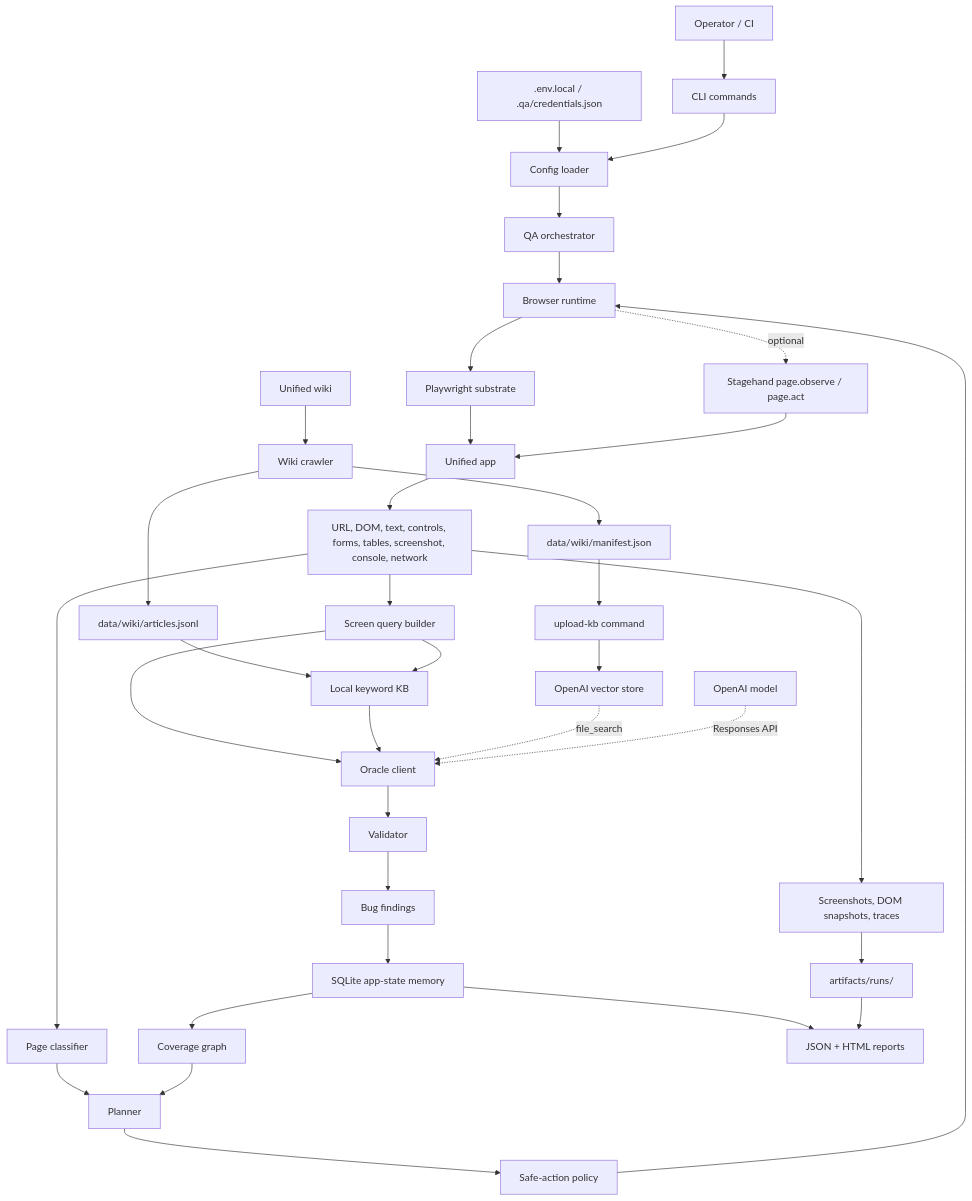
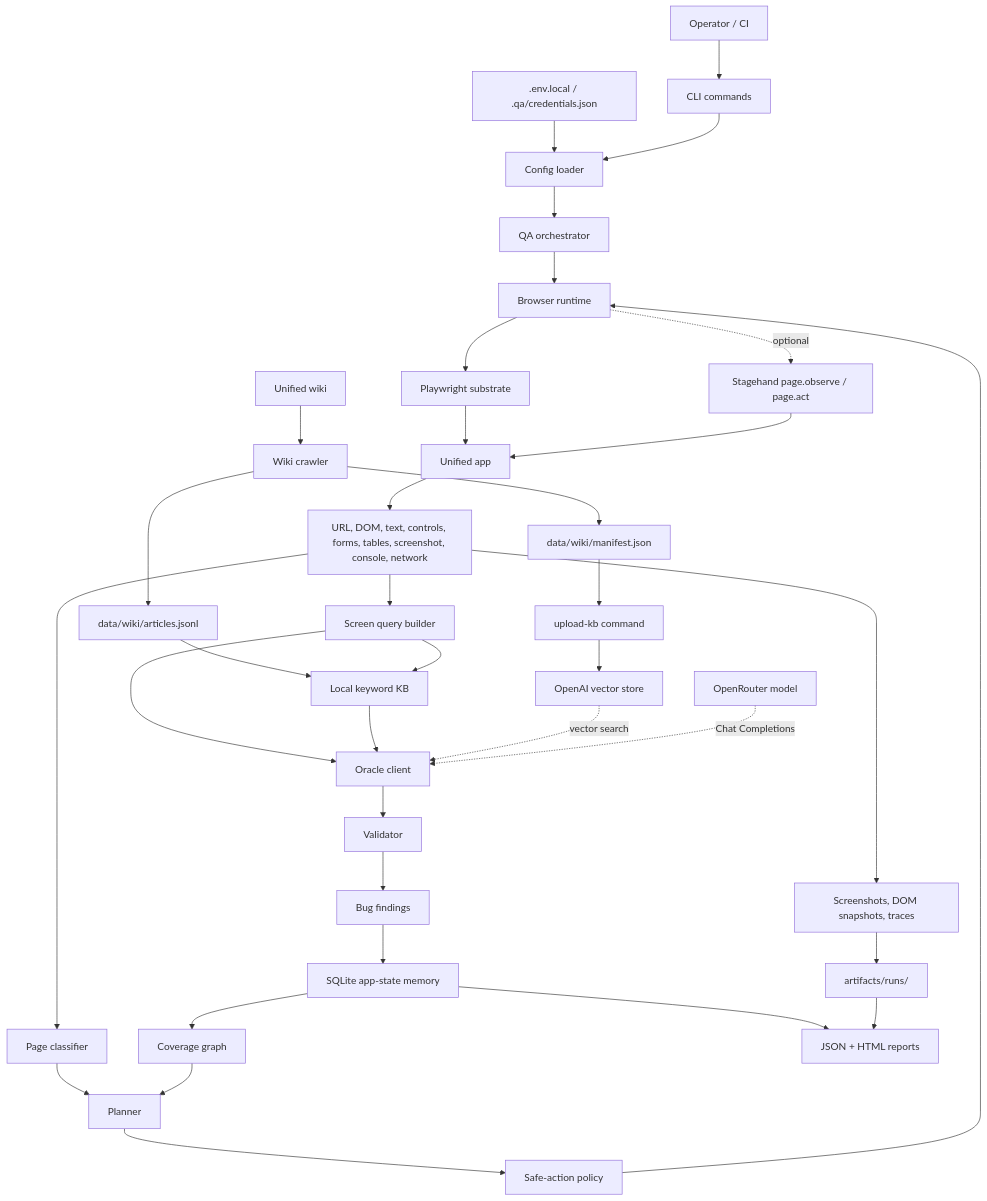
One commit to Rohiths-basement/QA-Agent changed the first of 2 diagrams in README.md. Above: the diagram before and after it, drawn with Mermaid. The commit also changed other lines of this file and 8 other files, not shown here.

Commit message:
Route QA oracle through OpenRouter

````diff
--- a/README.md
+++ b/README.md
@@ -18,42 +18,42 @@
 ```mermaid
 flowchart TD
   Operator["Operator / CI"] --> CLI["CLI commands"]
   Env[".env.local / .qa/credentials.json"] --> Config["Config loader"]
   CLI --> Config
 
   Wiki["Unified wiki"] --> Crawler["Wiki crawler"]
   Crawler --> WikiJsonl["data/wiki/articles.jsonl"]
   Crawler --> WikiManifest["data/wiki/manifest.json"]
   WikiJsonl --> LocalKB["Local keyword KB"]
   WikiManifest --> UploadKB["upload-kb command"]
   UploadKB --> OpenAIVS["OpenAI vector store"]
 
   Config --> Agent["QA orchestrator"]
   Agent --> Runtime["Browser runtime"]
   Runtime --> Playwright["Playwright substrate"]
   Runtime -. optional .-> Stagehand["Stagehand page.observe / page.act"]
   Playwright --> UnifiedApp["Unified app"]
   Stagehand --> UnifiedApp
 
   UnifiedApp --> Observation["URL, DOM, text, controls, forms, tables, screenshot, console, network"]
   Observation --> Classifier["Page classifier"]
   Observation --> QueryBuilder["Screen query builder"]
   QueryBuilder --> LocalKB
   QueryBuilder --> Oracle["Oracle client"]
   LocalKB --> Oracle
-  OpenAIVS -. file_search .-> Oracle
-  OpenAIModel["OpenAI model"] -. Responses API .-> Oracle
+  OpenAIVS -. vector search .-> Oracle
+  OpenRouterModel["OpenRouter model"] -. Chat Completions .-> Oracle
 
   Oracle --> Validator["Validator"]
   Classifier --> Planner["Planner"]
   Validator --> Findings["Bug findings"]
   Findings --> Memory["SQLite app-state memory"]
   Observation --> Evidence["Screenshots, DOM snapshots, traces"]
   Evidence --> Artifacts["artifacts/runs/<runId>"]
   Planner --> Policy["Safe-action policy"]
   Policy --> Runtime
   Memory --> Coverage["Coverage graph"]
   Coverage --> Planner
   Memory --> Reporter["JSON + HTML reports"]
   Artifacts --> Reporter
 ```
````
